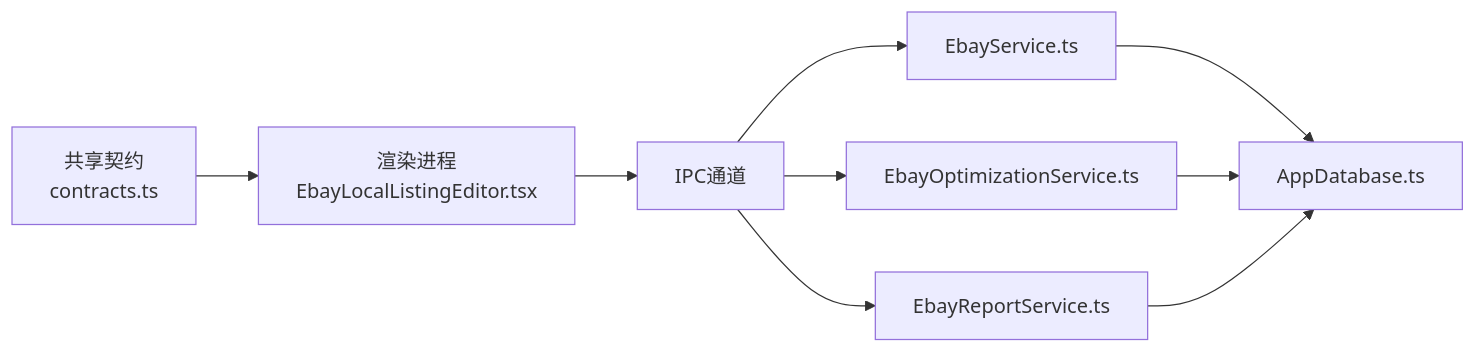
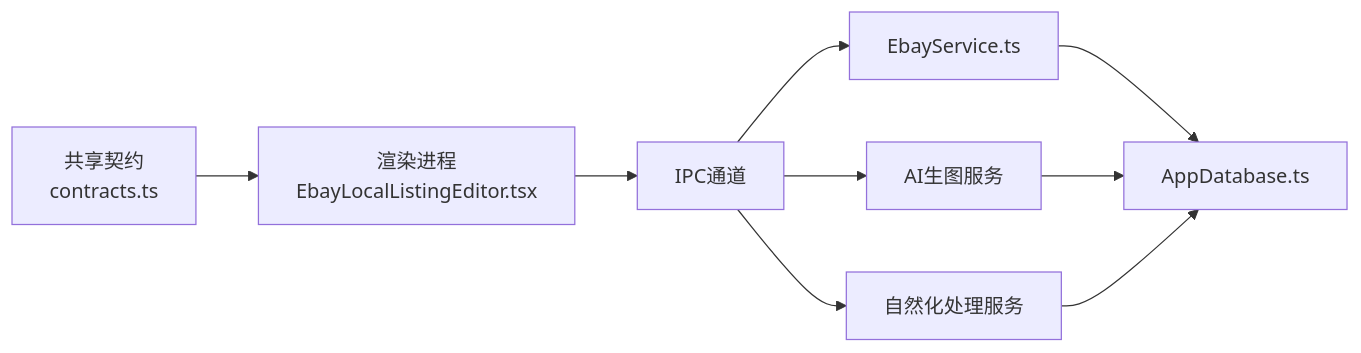
Before and after one commit to iljahofbauer219-lang/yandu: the fifth of 5 diagrams in .qoder/repowiki/zh/content/系统架构/渲染进程架构/Ebay本地商品编辑器/商品表单管理.md, drawn with Mermaid. The commit also changed other lines of this file and 3071 other files, not shown here.

````diff
--- a/.qoder/repowiki/zh/content/系统架构/渲染进程架构/Ebay本地商品编辑器/商品表单管理.md
+++ b/.qoder/repowiki/zh/content/系统架构/渲染进程架构/Ebay本地商品编辑器/商品表单管理.md
@@ -228,11 +234,11 @@
 ```mermaid
 graph LR
 Contracts["共享契约<br/>contracts.ts"] --> Renderer["渲染进程<br/>EbayLocalListingEditor.tsx"]
 Renderer --> IPC["IPC通道"]
 IPC --> Service["EbayService.ts"]
-IPC --> Opt["EbayOptimizationService.ts"]
-IPC --> Report["EbayReportService.ts"]
+IPC --> ImageService["AI生图服务"]
+IPC --> NaturalizeService["自然化处理服务"]
 Service --> DB["AppDatabase.ts"]
-Opt --> DB
-Report --> DB
+ImageService --> DB
+NaturalizeService --> DB
 ```
````
